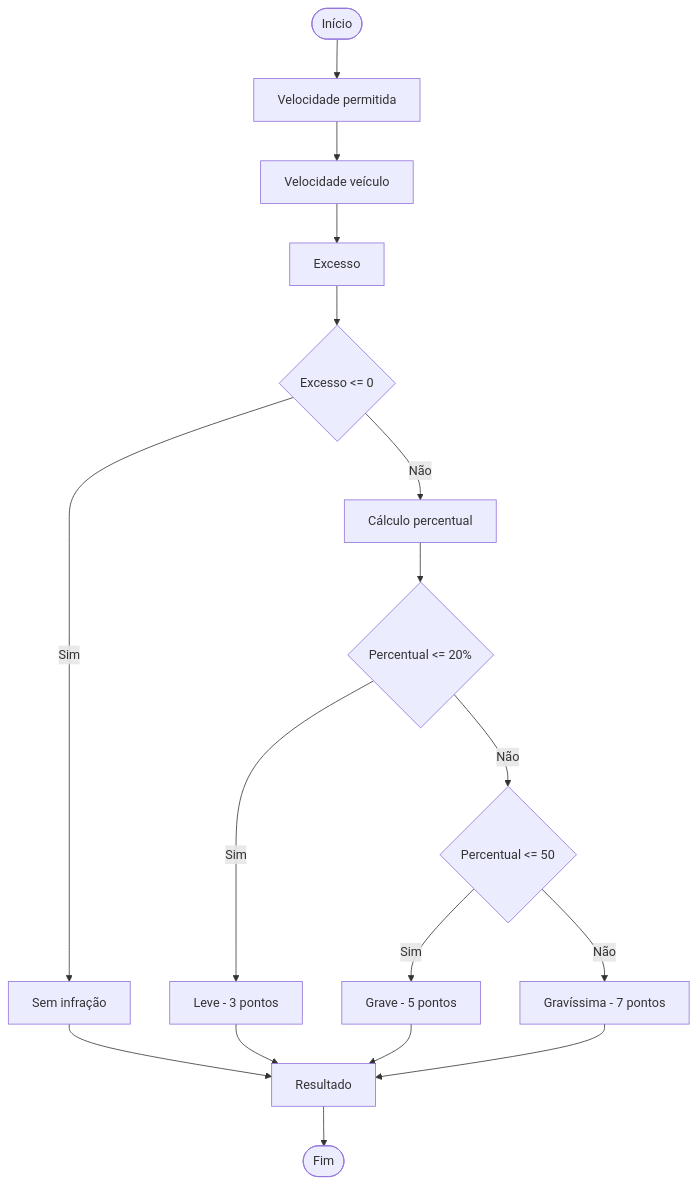
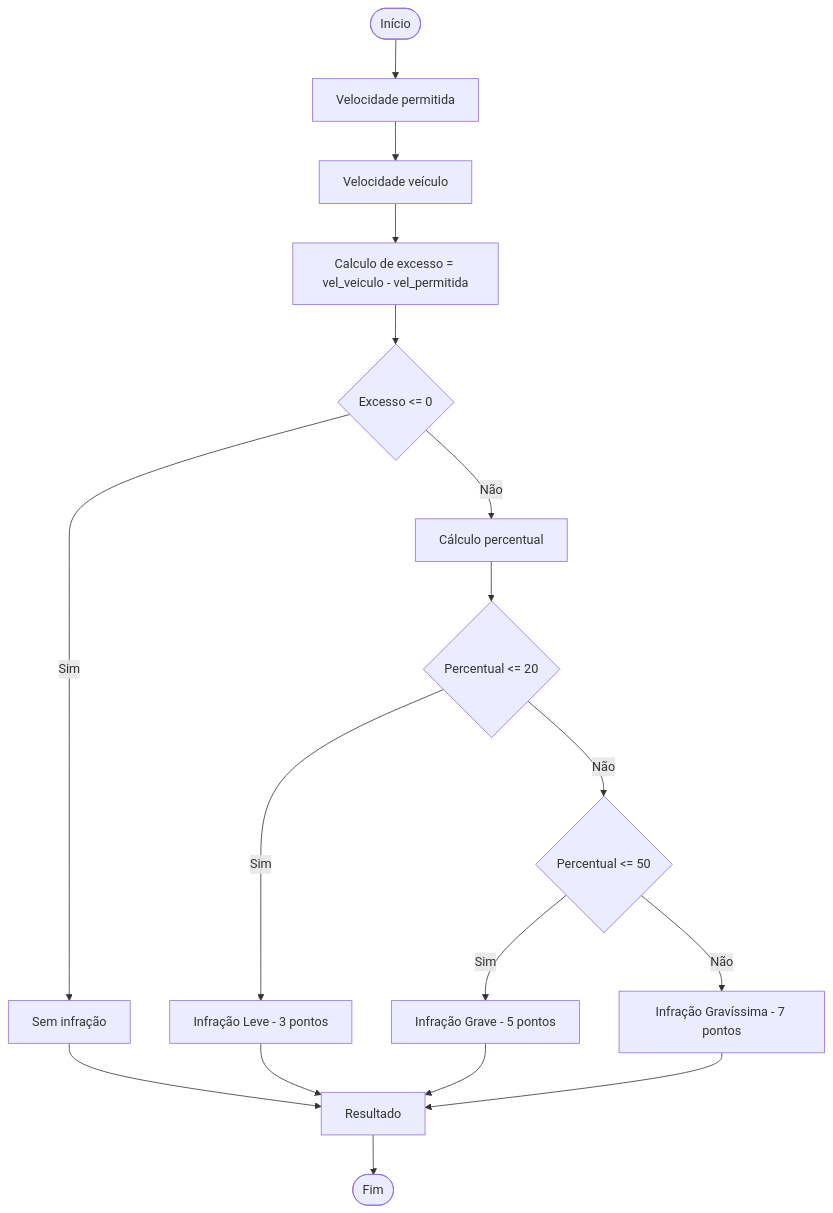
Before and after one commit to Angela-Leao/Entrega-de-atividades-Fatec: the diagram in Diagramas P1 Cação/Pontuação de  motorista.md, drawn with Mermaid.

Commit message:
Update Pontuação de  motorista.md

````diff
--- a/Diagramas P1 Cação/Pontuação de  motorista.md
+++ b/Diagramas P1 Cação/Pontuação de  motorista.md
@@ -2,25 +2,24 @@
 ```mermaid
 
 flowchart TD
     A([Início]) --> B[Velocidade permitida]
     B --> C[Velocidade veículo]
-    C --> D[Excesso]
-
+    C --> D[Calculo de excesso = vel_veiculo - vel_permitida]
     D --> E{Excesso <= 0}
     E -- Sim --> F[Sem infração]
     E -- Não --> G[Cálculo percentual]
 
-    G --> H{Percentual <= 20%}
-    H -- Sim --> I[Leve - 3 pontos]
+    G --> H{Percentual <= 20}
+    H -- Sim --> I[Infração Leve - 3 pontos]
     H -- Não --> J{Percentual <= 50}
 
-    J -- Sim --> K[Grave - 5 pontos]
-    J -- Não --> L[Gravíssima - 7 pontos]
+    J -- Sim --> K[Infração Grave - 5 pontos]
+    J -- Não --> L[Infração Gravíssima - 7 pontos]
 
     F --> M[Resultado]
     I --> M
     K --> M
     L --> M
 
     M --> N([Fim])
 ```
````
